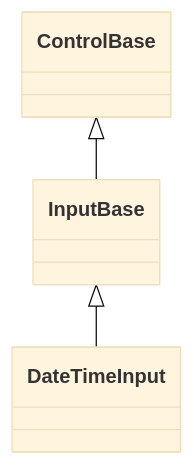
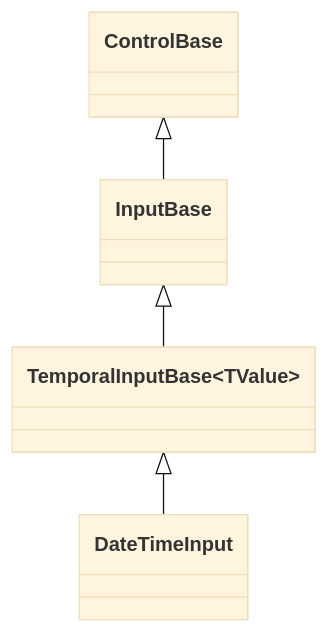
One commit to pavkam/sharp-vision changed the diagram in docs/controls/input/date-time-input.md. Above: the diagram before and after it, drawn with Mermaid (base theme). The commit also changed other lines of this file and 32 other files, not shown here.

````diff
--- a/docs/controls/input/date-time-input.md
+++ b/docs/controls/input/date-time-input.md
@@ -67,5 +70,6 @@
 ```mermaid
 classDiagram
     ControlBase <|-- InputBase
-    InputBase <|-- DateTimeInput
+    InputBase <|-- TemporalInputBase~TValue~
+    TemporalInputBase~TValue~ <|-- DateTimeInput
 ```
````
